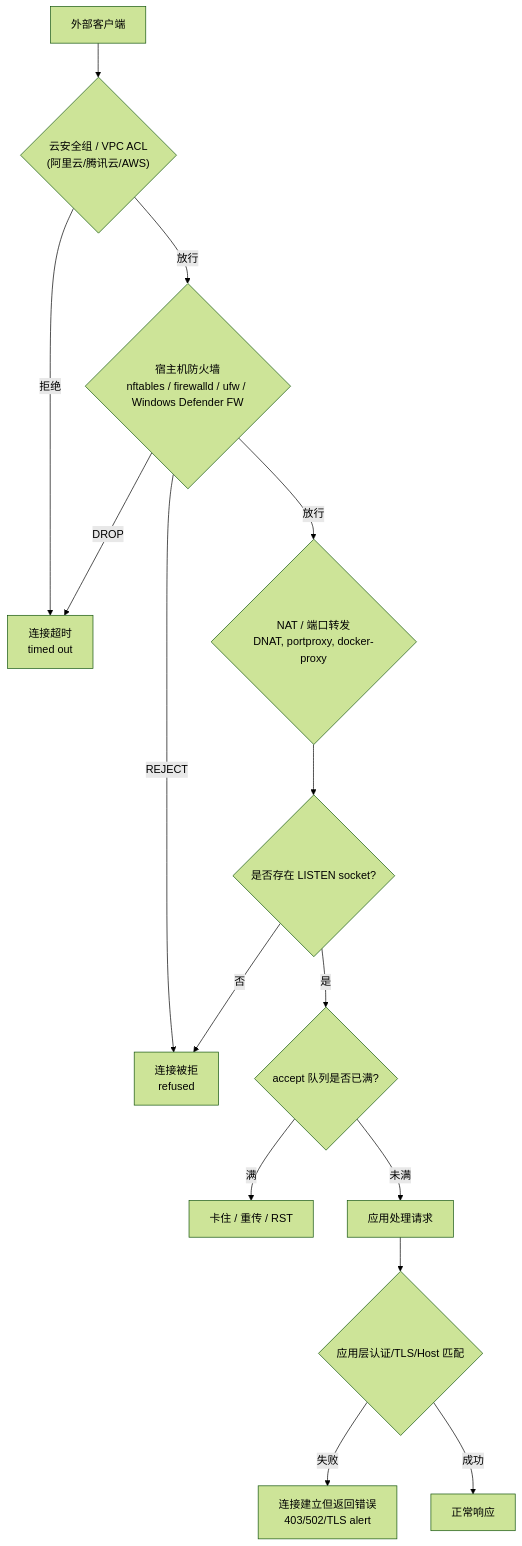
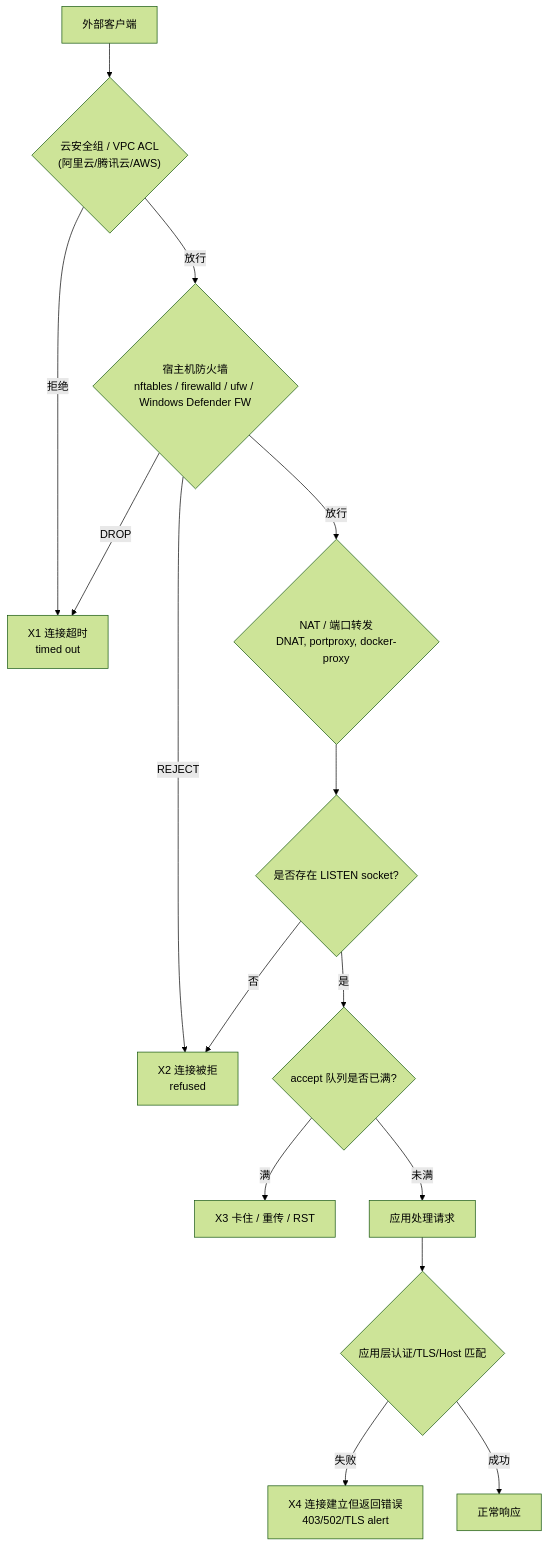
Before and after one commit to xuchaoxin1375/blogs: the third of 5 diagrams in Code/OS/linux/现代操作系统@网络端口信息查看@放行端口@端口占用.md, drawn with Mermaid (forest theme). The commit also changed other lines of this file and 7 other files, not shown here.

````diff
--- a/Code/OS/linux/现代操作系统@网络端口信息查看@放行端口@端口占用.md
+++ b/Code/OS/linux/现代操作系统@网络端口信息查看@放行端口@端口占用.md
@@ -724,17 +736,17 @@
 ```mermaid
 flowchart TD
     A["外部客户端"] --> B{"云安全组 / VPC ACL<br>(阿里云/腾讯云/AWS)"}
     B -->|"放行"| C{"宿主机防火墙<br>nftables / firewalld / ufw / Windows Defender FW"}
-    B -->|"拒绝"| X1["连接超时<br>timed out"]
+    B -->|"拒绝"| X1["X1 连接超时<br>timed out"]
     C -->|"放行"| D{"NAT / 端口转发<br>DNAT, portproxy, docker-proxy"}
     C -->|"DROP"| X1
-    C -->|"REJECT"| X2["连接被拒<br>refused"]
+    C -->|"REJECT"| X2["X2 连接被拒<br>refused"]
     D --> E{"是否存在 LISTEN socket?"}
     E -->|"否"| X2
     E -->|"是"| F{"accept 队列是否已满?"}
-    F -->|"满"| X3["卡住 / 重传 / RST"]
+    F -->|"满"| X3["X3 卡住 / 重传 / RST"]
     F -->|"未满"| G["应用处理请求"]
     G --> H{"应用层认证/TLS/Host 匹配"}
-    H -->|"失败"| X4["连接建立但返回错误<br>403/502/TLS alert"]
+    H -->|"失败"| X4["X4 连接建立但返回错误<br>403/502/TLS alert"]
     H -->|"成功"| I["正常响应"]
 ```
````
